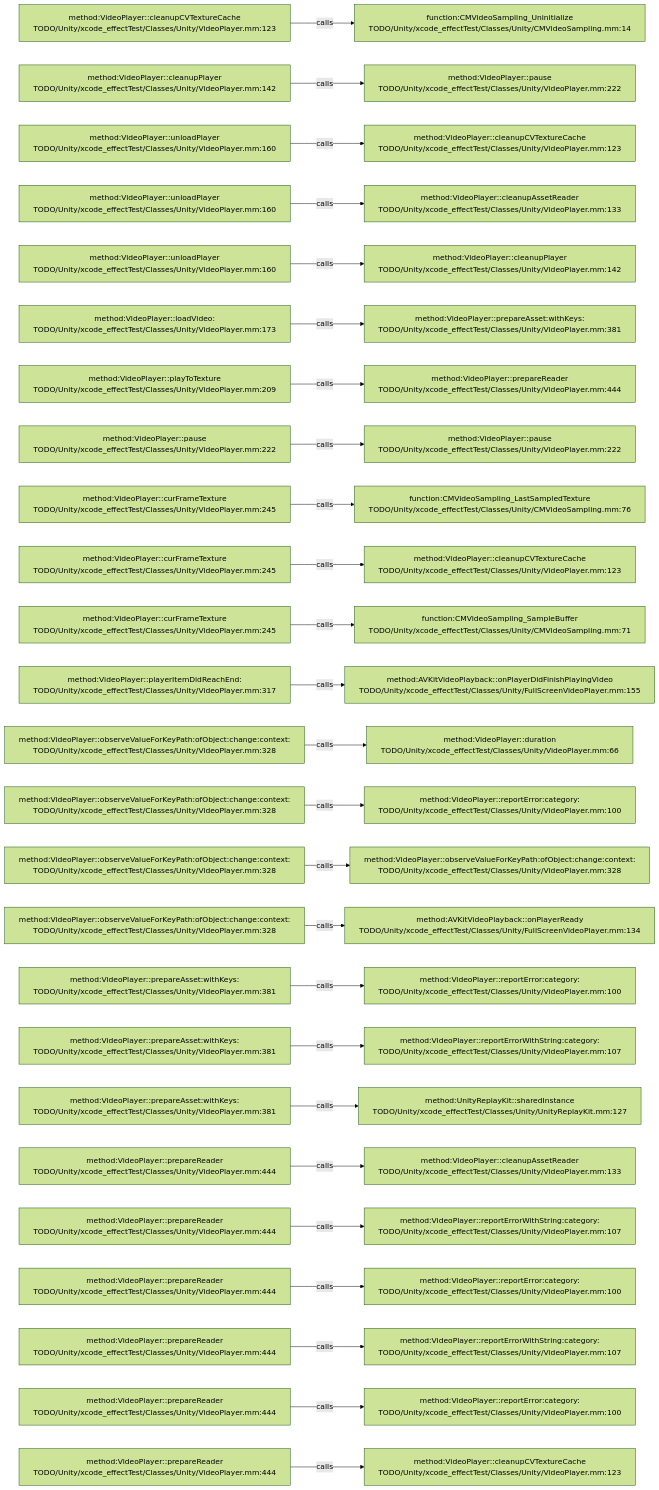
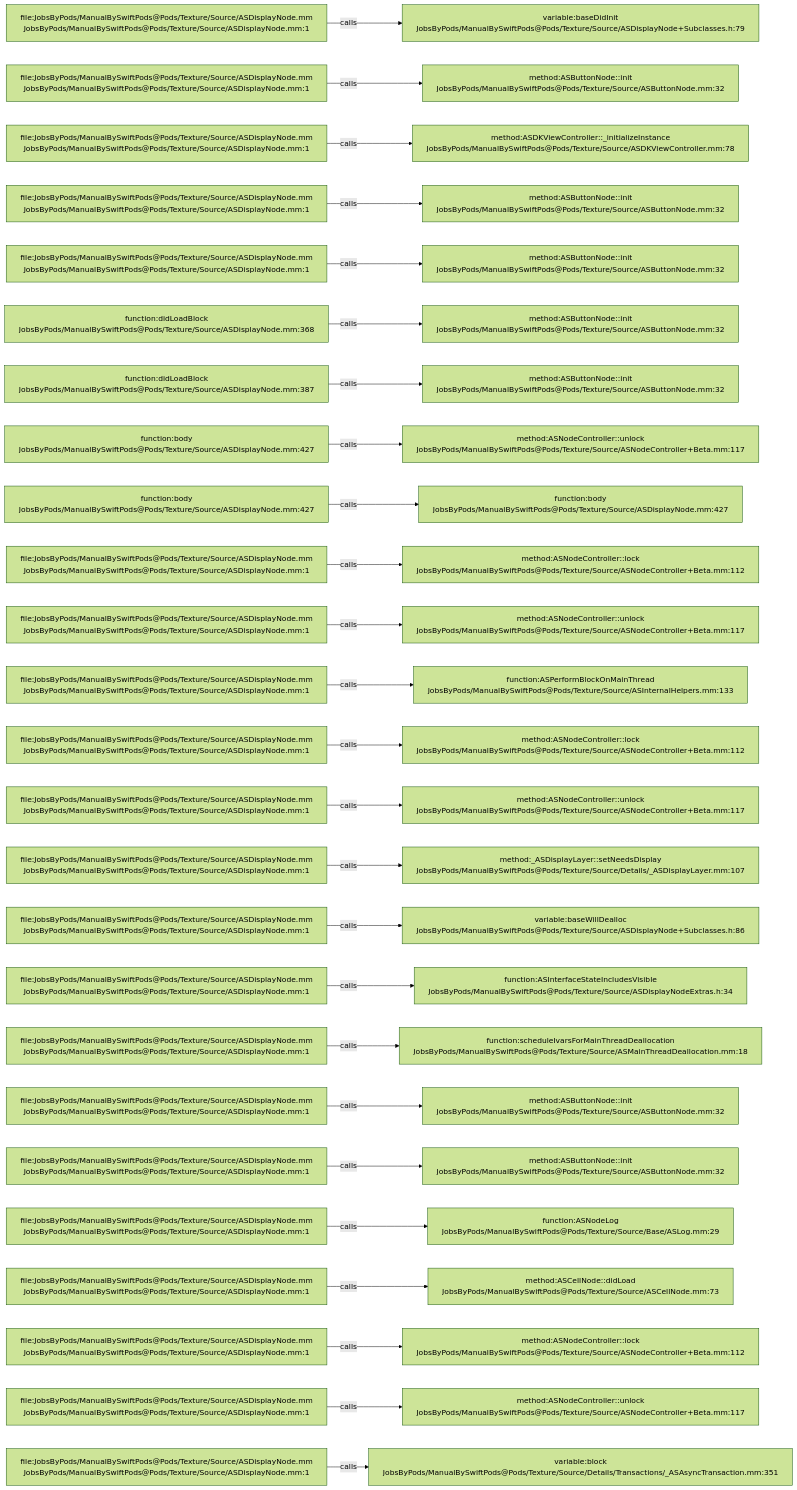
One commit to JobsKits/JobsSwiftBaseConfigDemo changed the diagram in .codegraph/codegraph.md/graphs/calls-046.md. Above: the diagram before and after it, drawn with Mermaid (forest theme). The commit also changed 2959 other files, not shown here.

````diff
--- a/.codegraph/codegraph.md/graphs/calls-046.md
+++ b/.codegraph/codegraph.md/graphs/calls-046.md
@@ -13,78 +13,78 @@
 ```mermaid
 flowchart LR
-  S1["method:VideoPlayer::cleanupCVTextureCache<br/>TODO/Unity/xcode_effectTest/Classes/Unity/VideoPlayer.mm:123"]
-  T1["function:CMVideoSampling_Uninitialize<br/>TODO/Unity/xcode_effectTest/Classes/Unity/CMVideoSampling.mm:14"]
+  S1["file:JobsByPods/ManualBySwiftPods@Pods/Texture/Source/ASDisplayNode.mm<br/>JobsByPods/ManualBySwiftPods@Pods/Texture/Source/ASDisplayNode.mm:1"]
+  T1["variable:baseDidInit<br/>JobsByPods/ManualBySwiftPods@Pods/Texture/Source/ASDisplayNode+Subclasses.h:79"]
   S1 -->|calls| T1
-  S2["method:VideoPlayer::cleanupPlayer<br/>TODO/Unity/xcode_effectTest/Classes/Unity/VideoPlayer.mm:142"]
-  T2["method:VideoPlayer::pause<br/>TODO/Unity/xcode_effectTest/Classes/Unity/VideoPlayer.mm:222"]
+  S2["file:JobsByPods/ManualBySwiftPods@Pods/Texture/Source/ASDisplayNode.mm<br/>JobsByPods/ManualBySwiftPods@Pods/Texture/Source/ASDisplayNode.mm:1"]
+  T2["method:ASButtonNode::init<br/>JobsByPods/ManualBySwiftPods@Pods/Texture/Source/ASButtonNode.mm:32"]
   S2 -->|calls| T2
-  S3["method:VideoPlayer::unloadPlayer<br/>TODO/Unity/xcode_effectTest/Classes/Unity/VideoPlayer.mm:160"]
-  T3["method:VideoPlayer::cleanupCVTextureCache<br/>TODO/Unity/xcode_effectTest/Classes/Unity/VideoPlayer.mm:123"]
+  S3["file:JobsByPods/ManualBySwiftPods@Pods/Texture/Source/ASDisplayNode.mm<br/>JobsByPods/ManualBySwiftPods@Pods/Texture/Source/ASDisplayNode.mm:1"]
+  T3["method:ASDKViewController::_initializeInstance<br/>JobsByPods/ManualBySwiftPods@Pods/Texture/Source/ASDKViewController.mm:78"]
   S3 -->|calls| T3
-  S4["method:VideoPlayer::unloadPlayer<br/>TODO/Unity/xcode_effectTest/Classes/Unity/VideoPlayer.mm:160"]
-  T4["method:VideoPlayer::cleanupAssetReader<br/>TODO/Unity/xcode_effectTest/Classes/Unity/VideoPlayer.mm:133"]
+  S4["file:JobsByPods/ManualBySwiftPods@Pods/Texture/Source/ASDisplayNode.mm<br/>JobsByPods/ManualBySwiftPods@Pods/Texture/Source/ASDisplayNode.mm:1"]
+  T4["method:ASButtonNode::init<br/>JobsByPods/ManualBySwiftPods@Pods/Texture/Source/ASButtonNode.mm:32"]
   S4 -->|calls| T4
-  S5["method:VideoPlayer::unloadPlayer<br/>TODO/Unity/xcode_effectTest/Classes/Unity/VideoPlayer.mm:160"]
-  T5["method:VideoPlayer::cleanupPlayer<br/>TODO/Unity/xcode_effectTest/Classes/Unity/VideoPlayer.mm:142"]
+  S5["file:JobsByPods/ManualBySwiftPods@Pods/Texture/Source/ASDisplayNode.mm<br/>JobsByPods/ManualBySwiftPods@Pods/Texture/Source/ASDisplayNode.mm:1"]
+  T5["method:ASButtonNode::init<br/>JobsByPods/ManualBySwiftPods@Pods/Texture/Source/ASButtonNode.mm:32"]
   S5 -->|calls| T5
-  S6["method:VideoPlayer::loadVideo:<br/>TODO/Unity/xcode_effectTest/Classes/Unity/VideoPlayer.mm:173"]
-  T6["method:VideoPlayer::prepareAsset:withKeys:<br/>TODO/Unity/xcode_effectTest/Classes/Unity/VideoPlayer.mm:381"]
+  S6["function:didLoadBlock<br/>JobsByPods/ManualBySwiftPods@Pods/Texture/Source/ASDisplayNode.mm:368"]
+  T6["method:ASButtonNode::init<br/>JobsByPods/ManualBySwiftPods@Pods/Texture/Source/ASButtonNode.mm:32"]
   S6 -->|calls| T6
-  S7["method:VideoPlayer::playToTexture<br/>TODO/Unity/xcode_effectTest/Classes/Unity/VideoPlayer.mm:209"]
-  T7["method:VideoPlayer::prepareReader<br/>TODO/Unity/xcode_effectTest/Classes/Unity/VideoPlayer.mm:444"]
+  S7["function:didLoadBlock<br/>JobsByPods/ManualBySwiftPods@Pods/Texture/Source/ASDisplayNode.mm:387"]
+  T7["method:ASButtonNode::init<br/>JobsByPods/ManualBySwiftPods@Pods/Texture/Source/ASButtonNode.mm:32"]
   S7 -->|calls| T7
-  S8["method:VideoPlayer::pause<br/>TODO/Unity/xcode_effectTest/Classes/Unity/VideoPlayer.mm:222"]
-  T8["method:VideoPlayer::pause<br/>TODO/Unity/xcode_effectTest/Classes/Unity/VideoPlayer.mm:222"]
+  S8["function:body<br/>JobsByPods/ManualBySwiftPods@Pods/Texture/Source/ASDisplayNode.mm:427"]
+  T8["method:ASNodeController::unlock<br/>JobsByPods/ManualBySwiftPods@Pods/Texture/Source/ASNodeController+Beta.mm:117"]
   S8 -->|calls| T8
-  S9["method:VideoPlayer::curFrameTexture<br/>TODO/Unity/xcode_effectTest/Classes/Unity/VideoPlayer.mm:245"]
-  T9["function:CMVideoSampling_LastSampledTexture<br/>TODO/Unity/xcode_effectTest/Classes/Unity/CMVideoSampling.mm:76"]
+  S9["function:body<br/>JobsByPods/ManualBySwiftPods@Pods/Texture/Source/ASDisplayNode.mm:427"]
+  T9["function:body<br/>JobsByPods/ManualBySwiftPods@Pods/Texture/Source/ASDisplayNode.mm:427"]
   S9 -->|calls| T9
-  S10["method:VideoPlayer::curFrameTexture<br/>TODO/Unity/xcode_effectTest/Classes/Unity/VideoPlayer.mm:245"]
-  T10["method:VideoPlayer::cleanupCVTextureCache<br/>TODO/Unity/xcode_effectTest/Classes/Unity/VideoPlayer.mm:123"]
+  S10["file:JobsByPods/ManualBySwiftPods@Pods/Texture/Source/ASDisplayNode.mm<br/>JobsByPods/ManualBySwiftPods@Pods/Texture/Source/ASDisplayNode.mm:1"]
+  T10["method:ASNodeController::lock<br/>JobsByPods/ManualBySwiftPods@Pods/Texture/Source/ASNodeController+Beta.mm:112"]
   S10 -->|calls| T10
-  S11["method:VideoPlayer::curFrameTexture<br/>TODO/Unity/xcode_effectTest/Classes/Unity/VideoPlayer.mm:245"]
-  T11["function:CMVideoSampling_SampleBuffer<br/>TODO/Unity/xcode_effectTest/Classes/Unity/CMVideoSampling.mm:71"]
+  S11["file:JobsByPods/ManualBySwiftPods@Pods/Texture/Source/ASDisplayNode.mm<br/>JobsByPods/ManualBySwiftPods@Pods/Texture/Source/ASDisplayNode.mm:1"]
+  T11["method:ASNodeController::unlock<br/>JobsByPods/ManualBySwiftPods@Pods/Texture/Source/ASNodeController+Beta.mm:117"]
   S11 -->|calls| T11
-  S12["method:VideoPlayer::playerItemDidReachEnd:<br/>TODO/Unity/xcode_effectTest/Classes/Unity/VideoPlayer.mm:317"]
-  T12["method:AVKitVideoPlayback::onPlayerDidFinishPlayingVideo<br/>TODO/Unity/xcode_effectTest/Classes/Unity/FullScreenVideoPlayer.mm:155"]
+  S12["file:JobsByPods/ManualBySwiftPods@Pods/Texture/Source/ASDisplayNode.mm<br/>JobsByPods/ManualBySwiftPods@Pods/Texture/Source/ASDisplayNode.mm:1"]
+  T12["function:ASPerformBlockOnMainThread<br/>JobsByPods/ManualBySwiftPods@Pods/Texture/Source/ASInternalHelpers.mm:133"]
   S12 -->|calls| T12
-  S13["method:VideoPlayer::observeValueForKeyPath:ofObject:change:context:<br/>TODO/Unity/xcode_effectTest/Classes/Unity/VideoPlayer.mm:328"]
-  T13["method:VideoPlayer::duration<br/>TODO/Unity/xcode_effectTest/Classes/Unity/VideoPlayer.mm:66"]
+  S13["file:JobsByPods/ManualBySwiftPods@Pods/Texture/Source/ASDisplayNode.mm<br/>JobsByPods/ManualBySwiftPods@Pods/Texture/Source/ASDisplayNode.mm:1"]
+  T13["method:ASNodeController::lock<br/>JobsByPods/ManualBySwiftPods@Pods/Texture/Source/ASNodeController+Beta.mm:112"]
   S13 -->|calls| T13
-  S14["method:VideoPlayer::observeValueForKeyPath:ofObject:change:context:<br/>TODO/Unity/xcode_effectTest/Classes/Unity/VideoPlayer.mm:328"]
-  T14["method:VideoPlayer::reportError:category:<br/>TODO/Unity/xcode_effectTest/Classes/Unity/VideoPlayer.mm:100"]
+  S14["file:JobsByPods/ManualBySwiftPods@Pods/Texture/Source/ASDisplayNode.mm<br/>JobsByPods/ManualBySwiftPods@Pods/Texture/Source/ASDisplayNode.mm:1"]
+  T14["method:ASNodeController::unlock<br/>JobsByPods/ManualBySwiftPods@Pods/Texture/Source/ASNodeController+Beta.mm:117"]
   S14 -->|calls| T14
-  S15["method:VideoPlayer::observeValueForKeyPath:ofObject:change:context:<br/>TODO/Unity/xcode_effectTest/Classes/Unity/VideoPlayer.mm:328"]
-  T15["method:VideoPlayer::observeValueForKeyPath:ofObject:change:context:<br/>TODO/Unity/xcode_effectTest/Classes/Unity/VideoPlayer.mm:328"]
+  S15["file:JobsByPods/ManualBySwiftPods@Pods/Texture/Source/ASDisplayNode.mm<br/>JobsByPods/ManualBySwiftPods@Pods/Texture/Source/ASDisplayNode.mm:1"]
+  T15["method:_ASDisplayLayer::setNeedsDisplay<br/>JobsByPods/ManualBySwiftPods@Pods/Texture/Source/Details/_ASDisplayLayer.mm:107"]
   S15 -->|calls| T15
-  S16["method:VideoPlayer::observeValueForKeyPath:ofObject:change:context:<br/>TODO/Unity/xcode_effectTest/Classes/Unity/VideoPlayer.mm:328"]
-  T16["method:AVKitVideoPlayback::onPlayerReady<br/>TODO/Unity/xcode_effectTest/Classes/Unity/FullScreenVideoPlayer.mm:134"]
+  S16["file:JobsByPods/ManualBySwiftPods@Pods/Texture/Source/ASDisplayNode.mm<br/>JobsByPods/ManualBySwiftPods@Pods/Texture/Source/ASDisplayNode.mm:1"]
+  T16["variable:baseWillDealloc<br/>JobsByPods/ManualBySwiftPods@Pods/Texture/Source/ASDisplayNode+Subclasses.h:86"]
   S16 -->|calls| T16
-  S17["method:VideoPlayer::prepareAsset:withKeys:<br/>TODO/Unity/xcode_effectTest/Classes/Unity/VideoPlayer.mm:381"]
-  T17["method:VideoPlayer::reportError:category:<br/>TODO/Unity/xcode_effectTest/Classes/Unity/VideoPlayer.mm:100"]
+  S17["file:JobsByPods/ManualBySwiftPods@Pods/Texture/Source/ASDisplayNode.mm<br/>JobsByPods/ManualBySwiftPods@Pods/Texture/Source/ASDisplayNode.mm:1"]
+  T17["function:ASInterfaceStateIncludesVisible<br/>JobsByPods/ManualBySwiftPods@Pods/Texture/Source/ASDisplayNodeExtras.h:34"]
   S17 -->|calls| T17
-  S18["method:VideoPlayer::prepareAsset:withKeys:<br/>TODO/Unity/xcode_effectTest/Classes/Unity/VideoPlayer.mm:381"]
-  T18["method:VideoPlayer::reportErrorWithString:category:<br/>TODO/Unity/xcode_effectTest/Classes/Unity/VideoPlayer.mm:107"]
+  S18["file:JobsByPods/ManualBySwiftPods@Pods/Texture/Source/ASDisplayNode.mm<br/>JobsByPods/ManualBySwiftPods@Pods/Texture/Source/ASDisplayNode.mm:1"]
+  T18["function:scheduleIvarsForMainThreadDeallocation<br/>JobsByPods/ManualBySwiftPods@Pods/Texture/Source/ASMainThreadDeallocation.mm:18"]
   S18 -->|calls| T18
-  S19["method:VideoPlayer::prepareAsset:withKeys:<br/>TODO/Unity/xcode_effectTest/Classes/Unity/VideoPlayer.mm:381"]
-  T19["method:UnityReplayKit::sharedInstance<br/>TODO/Unity/xcode_effectTest/Classes/Unity/UnityReplayKit.mm:127"]
+  S19["file:JobsByPods/ManualBySwiftPods@Pods/Texture/Source/ASDisplayNode.mm<br/>JobsByPods/ManualBySwiftPods@Pods/Texture/Source/ASDisplayNode.mm:1"]
+  T19["method:ASButtonNode::init<br/>JobsByPods/ManualBySwiftPods@Pods/Texture/Source/ASButtonNode.mm:32"]
   S19 -->|calls| T19
-  S20["method:VideoPlayer::prepareReader<br/>TODO/Unity/xcode_effectTest/Classes/Unity/VideoPlayer.mm:444"]
-  T20["method:VideoPlayer::cleanupAssetReader<br/>TODO/Unity/xcode_effectTest/Classes/Unity/VideoPlayer.mm:133"]
+  S20["file:JobsByPods/ManualBySwiftPods@Pods/Texture/Source/ASDisplayNode.mm<br/>JobsByPods/ManualBySwiftPods@Pods/Texture/Source/ASDisplayNode.mm:1"]
+  T20["method:ASButtonNode::init<br/>JobsByPods/ManualBySwiftPods@Pods/Texture/Source/ASButtonNode.mm:32"]
   S20 -->|calls| T20
-  S21["method:VideoPlayer::prepareReader<br/>TODO/Unity/xcode_effectTest/Classes/Unity/VideoPlayer.mm:444"]
-  T21["method:VideoPlayer::reportErrorWithString:category:<br/>TODO/Unity/xcode_effectTest/Classes/Unity/VideoPlayer.mm:107"]
+  S21["file:JobsByPods/ManualBySwiftPods@Pods/Texture/Source/ASDisplayNode.mm<br/>JobsByPods/ManualBySwiftPods@Pods/Texture/Source/ASDisplayNode.mm:1"]
+  T21["function:ASNodeLog<br/>JobsByPods/ManualBySwiftPods@Pods/Texture/Source/Base/ASLog.mm:29"]
   S21 -->|calls| T21
-  S22["method:VideoPlayer::prepareReader<br/>TODO/Unity/xcode_effectTest/Classes/Unity/VideoPlayer.mm:444"]
-  T22["method:VideoPlayer::reportError:category:<br/>TODO/Unity/xcode_effectTest/Classes/Unity/VideoPlayer.mm:100"]
+  S22["file:JobsByPods/ManualBySwiftPods@Pods/Texture/Source/ASDisplayNode.mm<br/>JobsByPods/ManualBySwiftPods@Pods/Texture/Source/ASDisplayNode.mm:1"]
+  T22["method:ASCellNode::didLoad<br/>JobsByPods/ManualBySwiftPods@Pods/Texture/Source/ASCellNode.mm:73"]
   S22 -->|calls| T22
-  S23["method:VideoPlayer::prepareReader<br/>TODO/Unity/xcode_effectTest/Classes/Unity/VideoPlayer.mm:444"]
-  T23["method:VideoPlayer::reportErrorWithString:category:<br/>TODO/Unity/xcode_effectTest/Classes/Unity/VideoPlayer.mm:107"]
+  S23["file:JobsByPods/ManualBySwiftPods@Pods/Texture/Source/ASDisplayNode.mm<br/>JobsByPods/ManualBySwiftPods@Pods/Texture/Source/ASDisplayNode.mm:1"]
+  T23["method:ASNodeController::lock<br/>JobsByPods/ManualBySwiftPods@Pods/Texture/Source/ASNodeController+Beta.mm:112"]
   S23 -->|calls| T23
-  S24["method:VideoPlayer::prepareReader<br/>TODO/Unity/xcode_effectTest/Classes/Unity/VideoPlayer.mm:444"]
-  T24["method:VideoPlayer::reportError:category:<br/>TODO/Unity/xcode_effectTest/Classes/Unity/VideoPlayer.mm:100"]
+  S24["file:JobsByPods/ManualBySwiftPods@Pods/Texture/Source/ASDisplayNode.mm<br/>JobsByPods/ManualBySwiftPods@Pods/Texture/Source/ASDisplayNode.mm:1"]
+  T24["method:ASNodeController::unlock<br/>JobsByPods/ManualBySwiftPods@Pods/Texture/Source/ASNodeController+Beta.mm:117"]
   S24 -->|calls| T24
-  S25["method:VideoPlayer::prepareReader<br/>TODO/Unity/xcode_effectTest/Classes/Unity/VideoPlayer.mm:444"]
-  T25["method:VideoPlayer::cleanupCVTextureCache<br/>TODO/Unity/xcode_effectTest/Classes/Unity/VideoPlayer.mm:123"]
+  S25["file:JobsByPods/ManualBySwiftPods@Pods/Texture/Source/ASDisplayNode.mm<br/>JobsByPods/ManualBySwiftPods@Pods/Texture/Source/ASDisplayNode.mm:1"]
+  T25["variable:block<br/>JobsByPods/ManualBySwiftPods@Pods/Texture/Source/Details/Transactions/_ASAsyncTransaction.mm:351"]
   S25 -->|calls| T25
 ```
````
